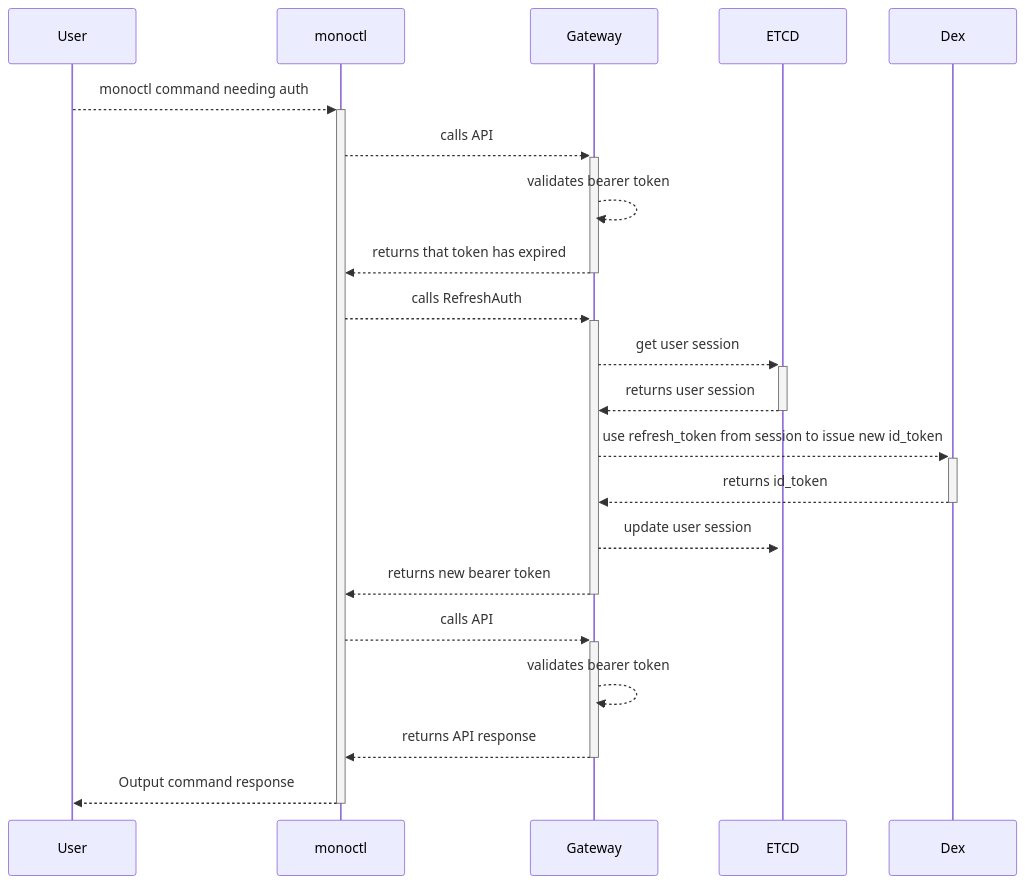
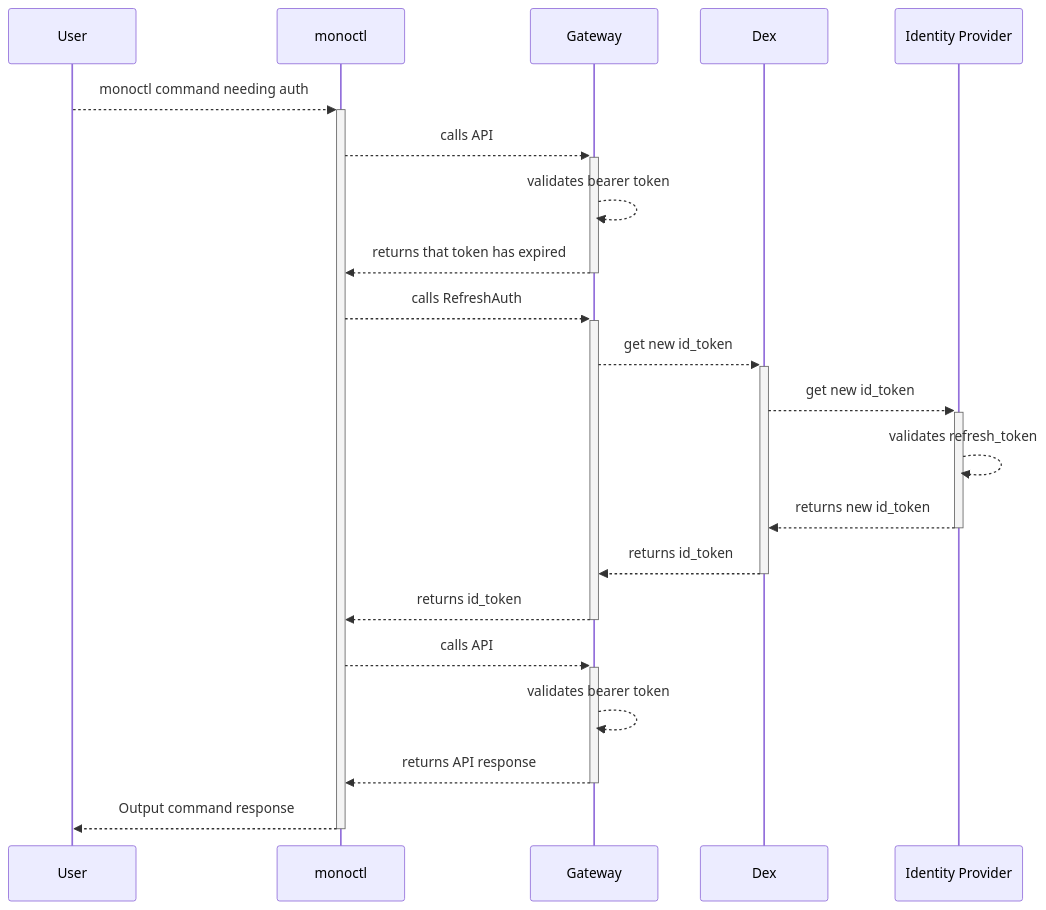
One commit to finleap-connect/monoskope changed the diagram in docs/flow-charts/sd-monoctl-refresh.mmd. Above: the diagram before and after it, drawn with Mermaid. The commit also changed 3 other files, not shown here.

Commit message:
Update diagrams

```diff
--- a/docs/flow-charts/sd-monoctl-refresh.mmd
+++ b/docs/flow-charts/sd-monoctl-refresh.mmd
@@ -1,21 +1,21 @@
 sequenceDiagram
     participant U as User
     participant M as monoctl
     participant G as Gateway
-    participant E as ETCD
     participant D as Dex
+    participant I as Identity Provider
     U-->>+M: monoctl command needing auth
     M-->>+G: calls API
     G-->>G: validates bearer token
     G-->>-M: returns that token has expired
     M-->>+G: calls RefreshAuth
-    G-->>+E: get user session
-    E-->>-G: returns user session
-    G-->>+D: use refresh_token from session to issue new id_token
+    G-->>+D: get new id_token
+    D-->>+I: get new id_token
+    I-->>I: validates refresh_token
+    I-->>-D: returns new id_token
     D-->>-G: returns id_token
-    G-->>+E: update user session
-    G-->>-M: returns new bearer token
+    G-->>-M: returns id_token
     M-->>+G: calls API
     G-->>G: validates bearer token
     G-->>-M: returns API response
     M-->>-U: Output command response
```
